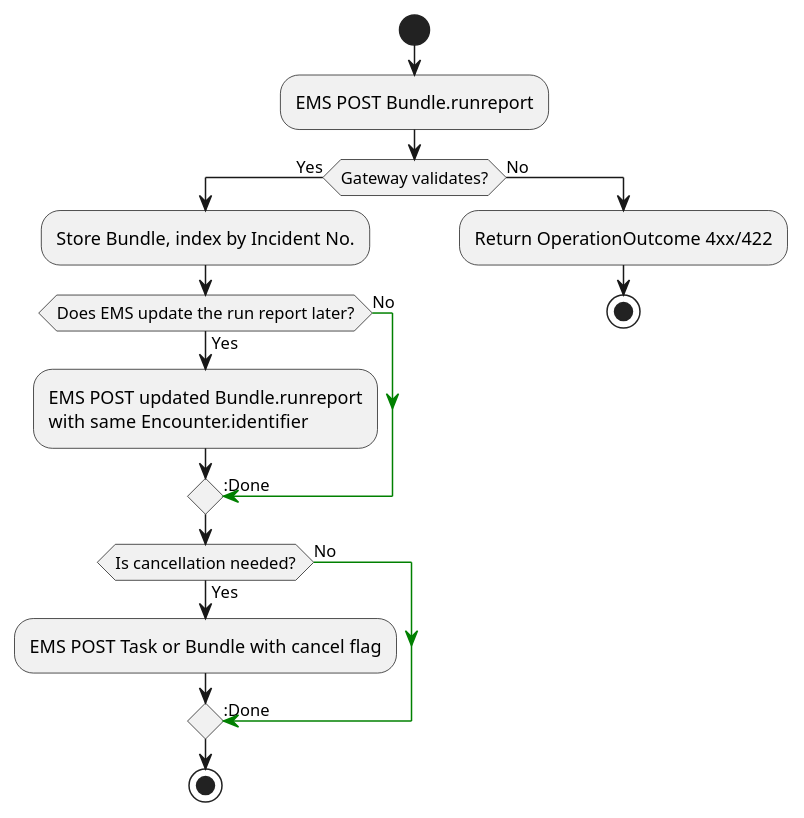
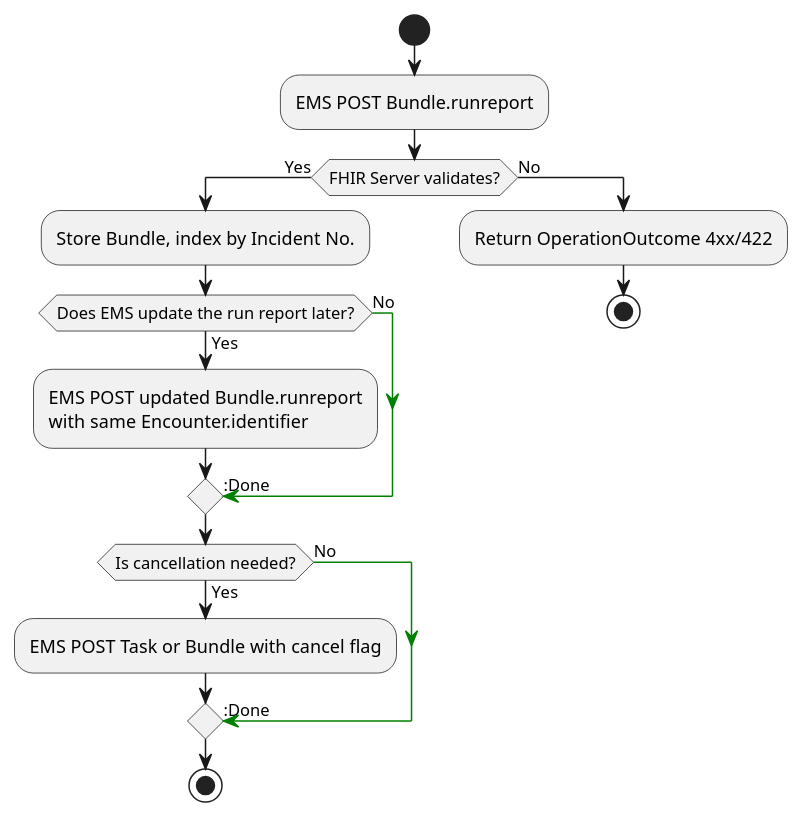
Before and after one commit to UPM-NTHC/PH-RoadSafetyIG: the diagram in input/images-source/intro-2-deicision-flow.plantuml, drawn with PlantUML. The commit also changed 6 other files, not shown here.

First line of the commit message:
docs(plantuml): rename Gateway to FHIR Server in intro diagrams

```diff
--- a/input/images-source/intro-2-deicision-flow.plantuml
+++ b/input/images-source/intro-2-deicision-flow.plantuml
@@ -1,21 +1,21 @@
 @startuml
 start
 :EMS POST Bundle.runreport;
-if (Gateway validates?) then (Yes)
+if (FHIR Server validates?) then (Yes)
   :Store Bundle, index by Incident No.;
   if (Does EMS update the run report later?) then (Yes)
     :EMS POST updated Bundle.runreport\nwith same Encounter.identifier;
   else (No)
     -[#green]-> :Done;
   endif
   if (Is cancellation needed?) then (Yes)
     :EMS POST Task or Bundle with cancel flag;
   else (No)
     -[#green]-> :Done;
   endif
   stop
 else (No)
   :Return OperationOutcome 4xx/422;
   stop
 endif
 @enduml
```
